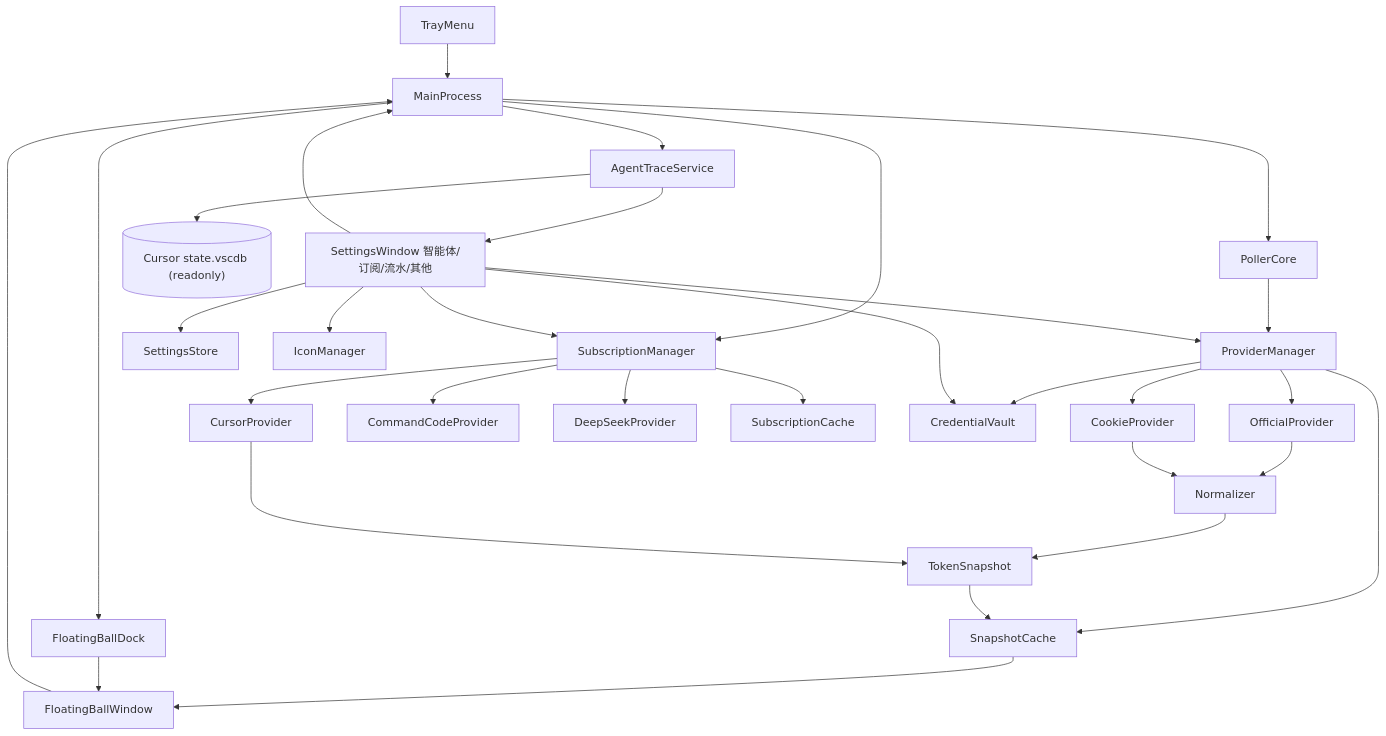
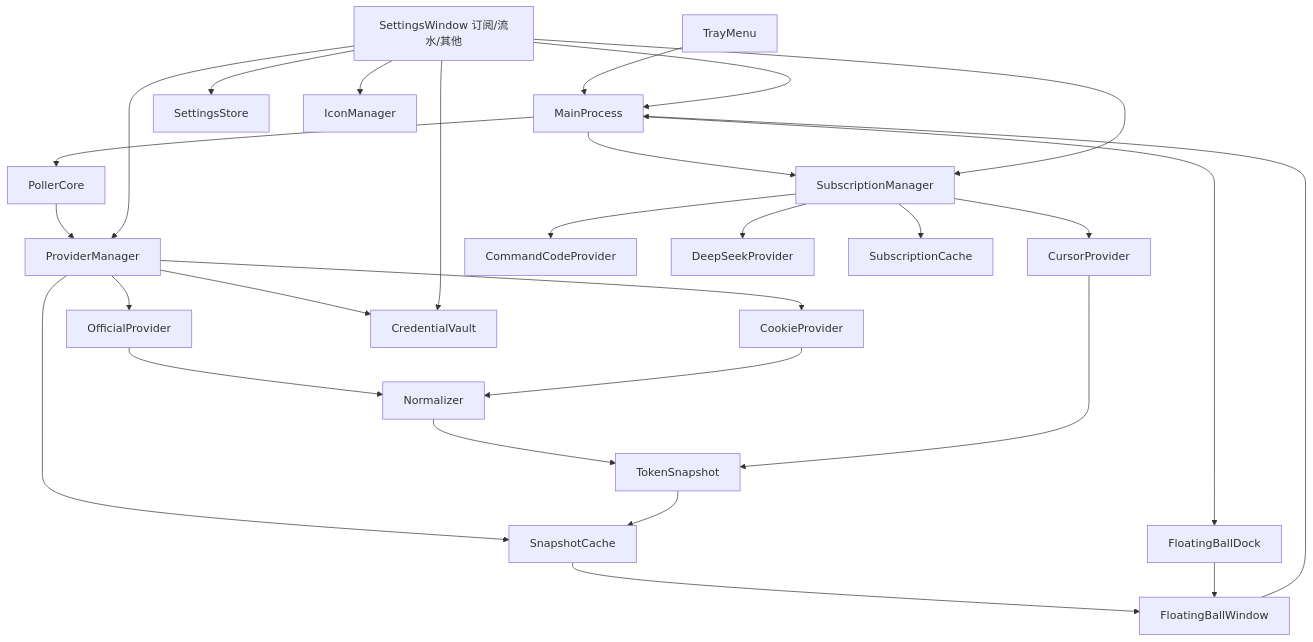
One commit to awaker1996/cursor_monitor changed the diagram in README.md. Above: the diagram before and after it, drawn with Mermaid. The commit also changed other lines of this file and 41 other files, not shown here.

````diff
--- a/README.md
+++ b/README.md
@@ -265,33 +246,30 @@
 ```mermaid
 flowchart TD
     trayMenu[TrayMenu] --> mainProcess[MainProcess]
     floatingBall[FloatingBallWindow] --> mainProcess
-    settingsWindow[SettingsWindow 智能体/订阅/流水/其他] --> mainProcess
+    settingsWindow[SettingsWindow 订阅/流水/其他] --> mainProcess
     mainProcess --> pollerCore[PollerCore]
     pollerCore --> providerManager[ProviderManager]
     providerManager --> officialProvider[OfficialProvider]
     providerManager --> cookieProvider[CookieProvider]
     providerManager --> snapshotCache[SnapshotCache]
     officialProvider --> normalizer[Normalizer]
     cookieProvider --> normalizer
     normalizer --> tokenSnapshot[TokenSnapshot]
     tokenSnapshot --> snapshotCache
     snapshotCache --> floatingBall
     mainProcess --> subscriptionManager[SubscriptionManager]
     subscriptionManager --> cursorProvider[CursorProvider]
     subscriptionManager --> commandCodeProvider[CommandCodeProvider]
     subscriptionManager --> deepSeekProvider[DeepSeekProvider]
     subscriptionManager --> subscriptionCache[SubscriptionCache]
     cursorProvider --> tokenSnapshot
     providerManager --> credentialVault[CredentialVault]
     settingsWindow --> credentialVault
     settingsWindow --> settingsStore[SettingsStore]
     settingsWindow --> iconManager[IconManager]
     settingsWindow --> providerManager
     settingsWindow --> subscriptionManager
     mainProcess --> floatingBallDock[FloatingBallDock]
     floatingBallDock --> floatingBall
-    mainProcess --> agentTraceService[AgentTraceService]
-    agentTraceService --> cursorStateDb[("Cursor state.vscdb (readonly)")]
-    agentTraceService --> settingsWindow
 ```
````
